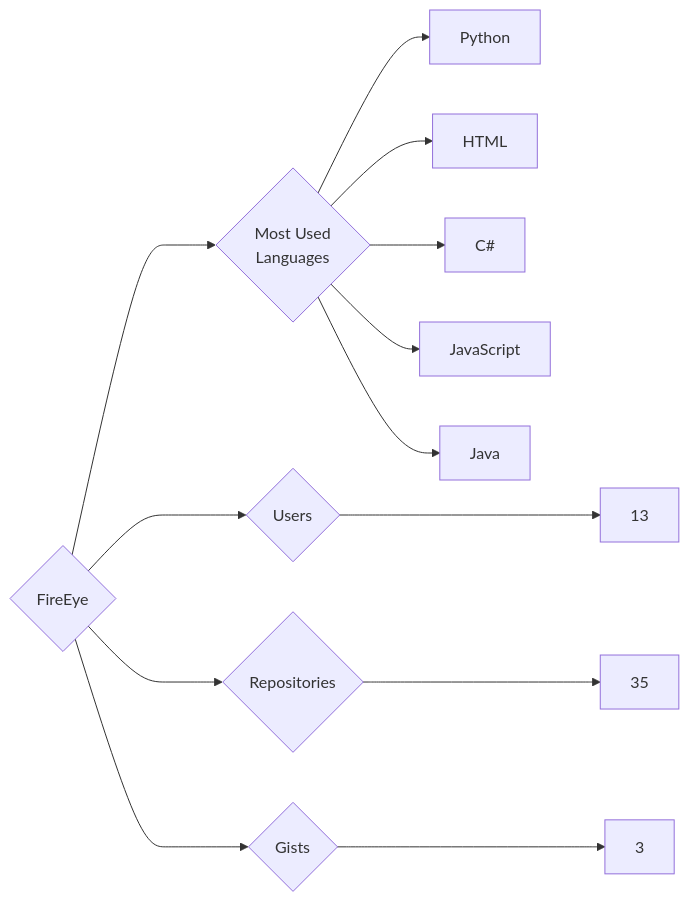
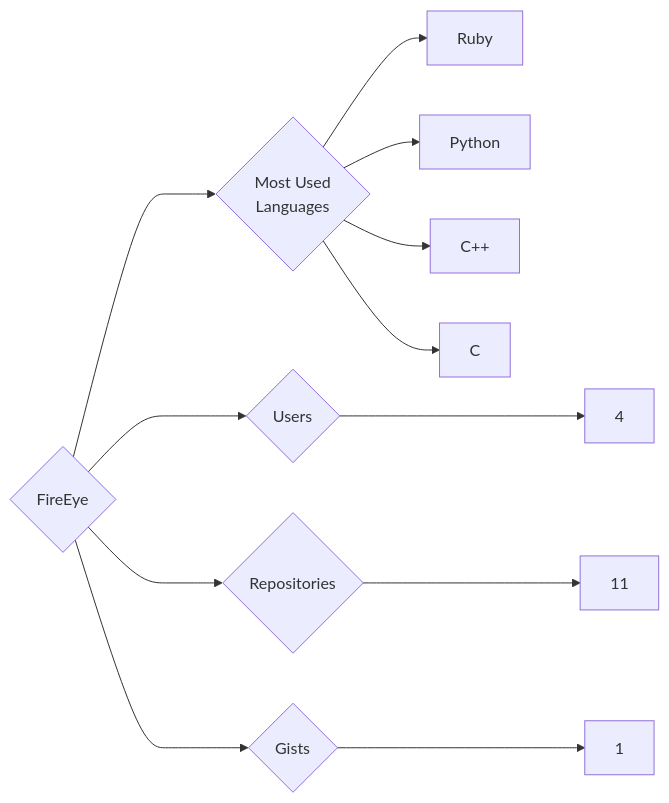
One commit to trickest/insiders changed the diagram in targets/FireEye/README.md. Above: the diagram before and after it, drawn with Mermaid. The commit also changed 912 other files, not shown here.

````diff
--- a/targets/FireEye/README.md
+++ b/targets/FireEye/README.md
@@ -3,13 +3,12 @@
 ```mermaid
 graph LR
 COMPANY_NAME{FireEye}
-COMPANY_NAME ---> U{Users} ---> UN[13]
-COMPANY_NAME ---> R{Repositories} ---> RN[35]
-COMPANY_NAME ---> G{Gists} ---> GN[3]
+COMPANY_NAME ---> U{Users} ---> UN[4]
+COMPANY_NAME ---> R{Repositories} ---> RN[11]
+COMPANY_NAME ---> G{Gists} ---> GN[1]
 COMPANY_NAME ---> ML{Most Used<br>Languages}
+ML --> Ruby[Ruby]
 ML --> Python[Python]
-ML --> HTML[HTML]
-ML --> C#[C#]
-ML --> JavaScript[JavaScript]
-ML --> Java[Java]
+ML --> C++[C++]
+ML --> C[C]
 ```
````
